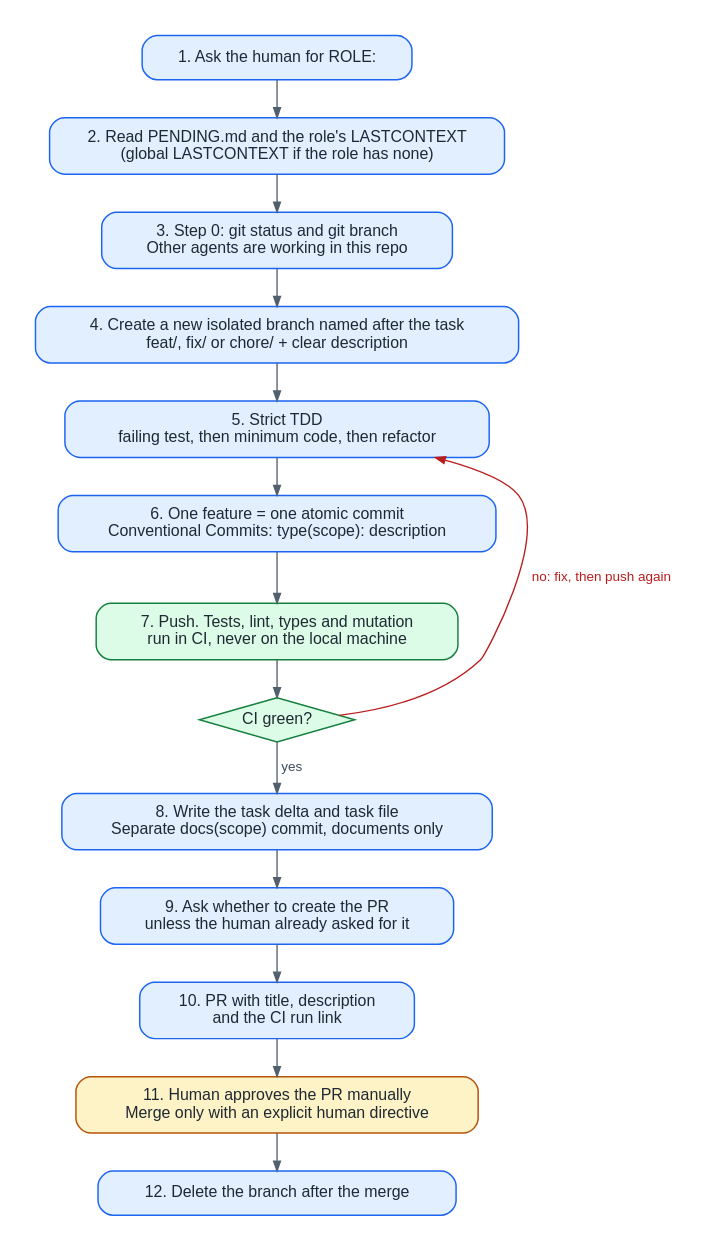
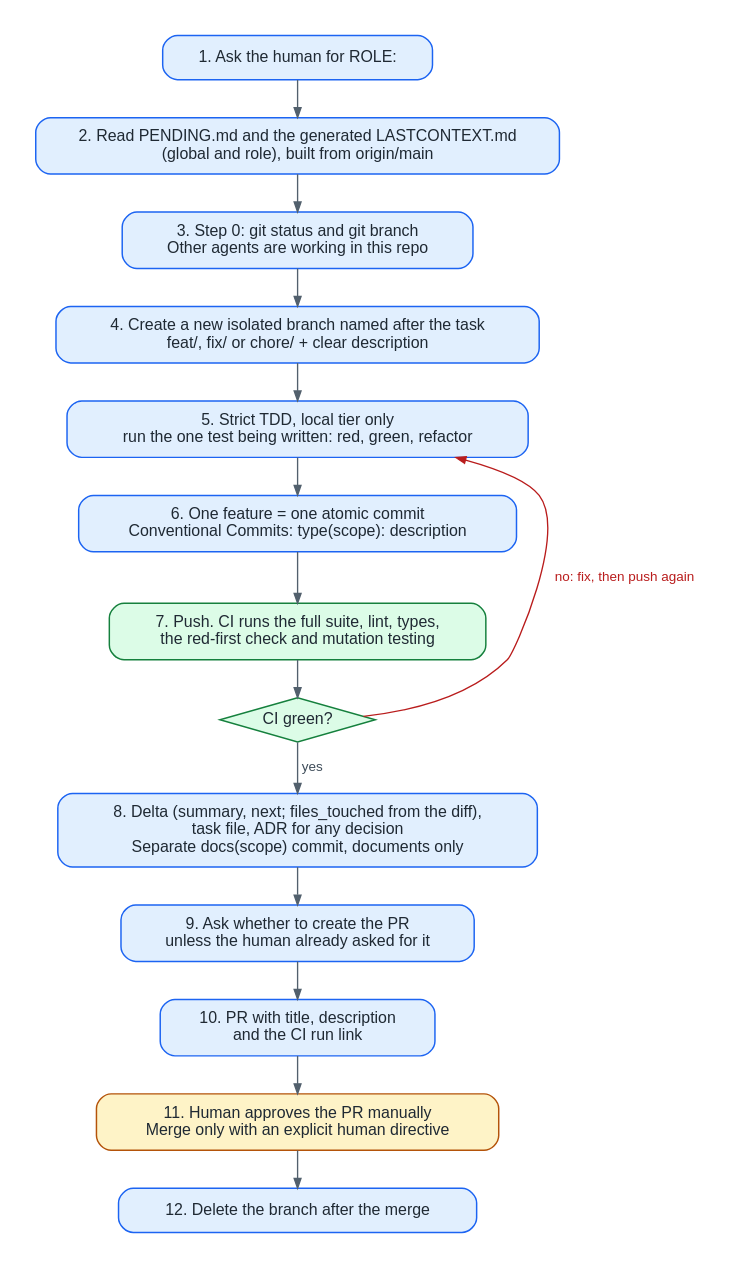
Before and after one commit to agustindiazcano/afaw-anti-fragile-agentic-workflow: the diagram in docs/diagrams/02-task-lifecycle.dot, drawn with Graphviz. The commit also changed 36 other files, not shown here.

```diff
--- a/docs/diagrams/02-task-lifecycle.dot
+++ b/docs/diagrams/02-task-lifecycle.dot
@@ -1,32 +1,32 @@
 digraph task_lifecycle {
   graph [fontname="Helvetica", fontsize=13, bgcolor="white", pad=0.3, nodesep=0.5, ranksep=0.42, splines=true, rankdir=TB];
   node  [shape=box, style="rounded,filled", fontname="Helvetica", fontsize=13, color="#1c64f2", fillcolor="#e1effe", fontcolor="#1f2933", penwidth=1.2, margin="0.25,0.12"];
   edge  [fontname="Helvetica", fontsize=11, color="#52606d", fontcolor="#3e4c59", arrowsize=0.8, penwidth=1.1];
 
   s1  [label="1. Ask the human for ROLE:"];
-  s2  [label="2. Read PENDING.md and the role's LASTCONTEXT\n(global LASTCONTEXT if the role has none)"];
+  s2  [label="2. Read PENDING.md and the generated LASTCONTEXT.md\n(global and role), built from origin/main"];
   s3  [label="3. Step 0: git status and git branch\nOther agents are working in this repo"];
   s4  [label="4. Create a new isolated branch named after the task\nfeat/, fix/ or chore/ + clear description"];
-  s5  [label="5. Strict TDD\nfailing test, then minimum code, then refactor"];
+  s5  [label="5. Strict TDD, local tier only\nrun the one test being written: red, green, refactor"];
   s6  [label="6. One feature = one atomic commit\nConventional Commits: type(scope): description"];
 
   node [fillcolor="#dcfce7", color="#15803d"];
-  s7  [label="7. Push. Tests, lint, types and mutation\nrun in CI, never on the local machine"];
+  s7  [label="7. Push. CI runs the full suite, lint, types,\nthe red-first check and mutation testing"];
   d1  [shape=diamond, style="filled", margin="0.05,0.05", label="CI green?"];
 
   node [fillcolor="#e1effe", color="#1c64f2"];
-  s8  [label="8. Write the task delta and task file\nSeparate docs(scope) commit, documents only"];
+  s8  [label="8. Delta (summary, next; files_touched from the diff),\ntask file, ADR for any decision\nSeparate docs(scope) commit, documents only"];
   s9  [label="9. Ask whether to create the PR\nunless the human already asked for it"];
   s10 [label="10. PR with title, description\nand the CI run link"];
 
   node [fillcolor="#fef3c7", color="#b45309"];
   s11 [label="11. Human approves the PR manually\nMerge only with an explicit human directive"];
 
   node [fillcolor="#e1effe", color="#1c64f2"];
   s12 [label="12. Delete the branch after the merge"];
 
   s1 -> s2 -> s3 -> s4 -> s5 -> s6 -> s7 -> d1;
   d1 -> s5 [label=" no: fix, then push again", constraint=false, color="#b91c1c", fontcolor="#b91c1c"];
   d1 -> s8 [label=" yes"];
   s8 -> s9 -> s10 -> s11 -> s12;
 }
```
